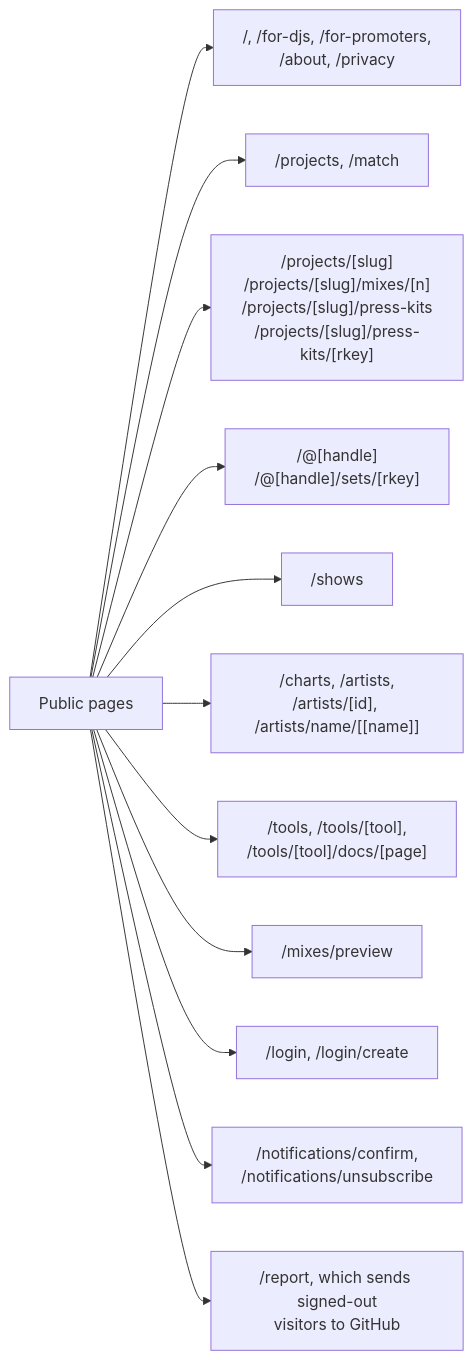
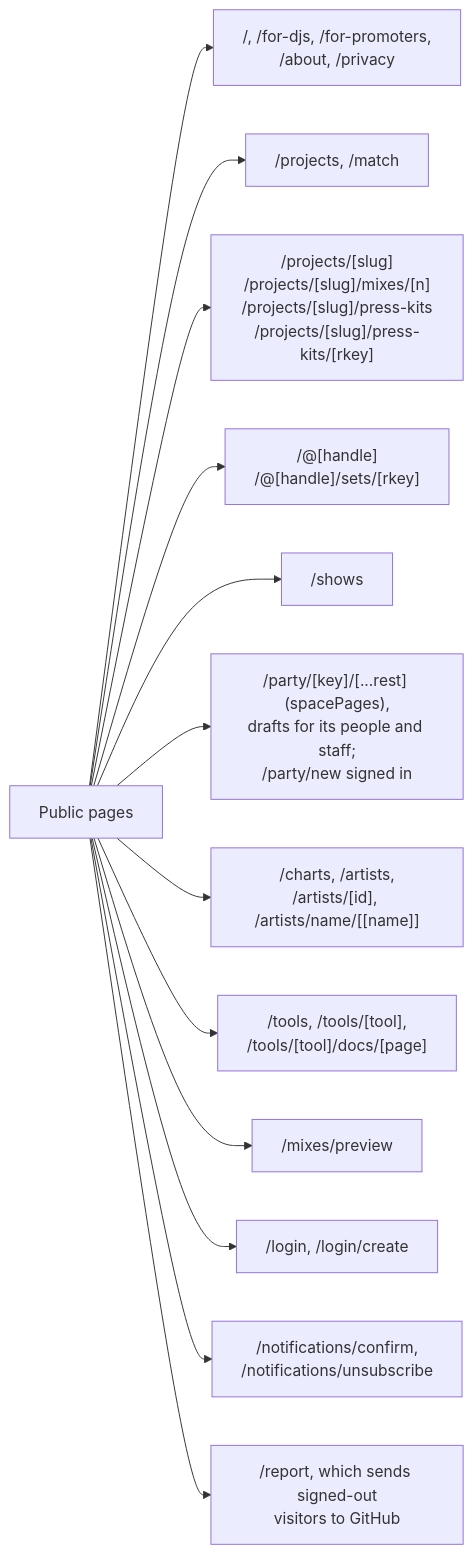
Before and after one commit to cutenode/localnetwork: the seventh of 11 diagrams in apps/web/docs/diagrams/requests-and-routes.md, drawn with Mermaid. The commit also changed 47 other files, not shown here.

````diff
--- a/apps/web/docs/diagrams/requests-and-routes.md
+++ b/apps/web/docs/diagrams/requests-and-routes.md
@@ -156,15 +156,16 @@
 ```mermaid
 flowchart LR
   Public["Public pages"]
   Public --> Home["/, /for-djs, /for-promoters,<br/>/about, /privacy"]
   Public --> Find["/projects, /match"]
   Public --> Performer["/projects/[slug]<br/>/projects/[slug]/mixes/[n]<br/>/projects/[slug]/press-kits<br/>/projects/[slug]/press-kits/[rkey]"]
   Public --> Profile["/@[handle]<br/>/@[handle]/sets/[rkey]"]
   Public --> Shows["/shows"]
+  Public --> Party["/party/[key]/[...rest] (spacePages),<br/>drafts for its people and staff;<br/>/party/new signed in"]
   Public --> Music["/charts, /artists,<br/>/artists/[id], /artists/name/[[name]]"]
   Public --> Tools["/tools, /tools/[tool],<br/>/tools/[tool]/docs/[page]"]
   Public --> Preview["/mixes/preview"]
   Public --> Signin["/login, /login/create"]
   Public --> Mail["/notifications/confirm,<br/>/notifications/unsubscribe"]
   Public --> Report["/report, which sends signed-out<br/>visitors to GitHub"]
 ```
````
